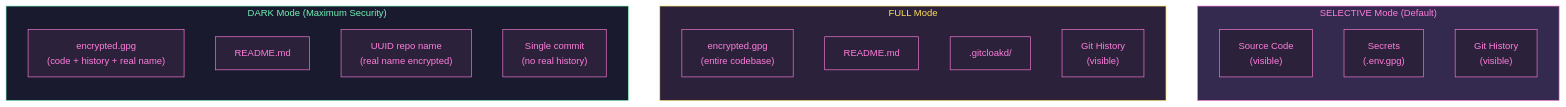
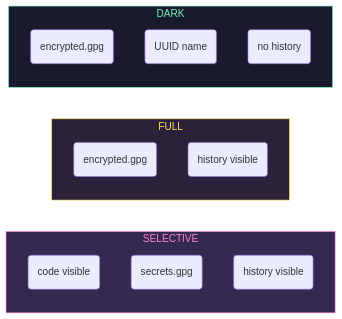
The first of 6 diagrams in README.md (haKC-ai/gitcloakd), drawn with Mermaid before and after one commit. The commit also changed other lines of this file, not shown here.

````diff
--- a/README.md
+++ b/README.md
@@ -25,30 +85,23 @@
 ```mermaid
-%%{init: {'theme': 'base', 'themeVariables': { 'fontFamily': 'Lato', 'fontSize': '15px', 'primaryColor': '#2b213a', 'primaryTextColor': '#ff7edb', 'primaryBorderColor': '#ff7edb', 'lineColor': '#72f1b8', 'secondaryColor': '#34294f', 'tertiaryColor': '#1a1a2e' }}}%%
-flowchart TB
-    subgraph Selective["SELECTIVE Mode (Default)"]
-        direction TB
-        S_CODE["Source Code<br/>(visible)"]
-        S_SECRETS["Secrets<br/>(.env.gpg)"]
-        S_HISTORY["Git History<br/>(visible)"]
+flowchart LR
+    subgraph Selective["SELECTIVE"]
+        S1("code visible")
+        S2("secrets.gpg")
+        S3("history visible")
     end
 
-    subgraph Full["FULL Mode"]
-        direction TB
-        F_BLOB["encrypted.gpg<br/>(entire codebase)"]
-        F_README["README.md"]
-        F_CONFIG[".gitcloakd/"]
-        F_HISTORY["Git History<br/>(visible)"]
+    subgraph Full["FULL"]
+        F1("encrypted.gpg")
+        F2("history visible")
     end
 
-    subgraph Dark["DARK Mode (Maximum Security)"]
-        direction TB
-        D_BLOB["encrypted.gpg<br/>(code + history + real name)"]
-        D_README["README.md"]
-        D_UUID["UUID repo name<br/>(real name encrypted)"]
-        D_WRAPPER["Single commit<br/>(no real history)"]
+    subgraph Dark["DARK"]
+        D1("encrypted.gpg")
+        D2("UUID name")
+        D3("no history")
     end
 
     style Selective fill:#34294f,stroke:#ff7edb,color:#ff7edb
     style Full fill:#2b213a,stroke:#fede5d,color:#fede5d
     style Dark fill:#1a1a2e,stroke:#72f1b8,color:#72f1b8
 ```
````
